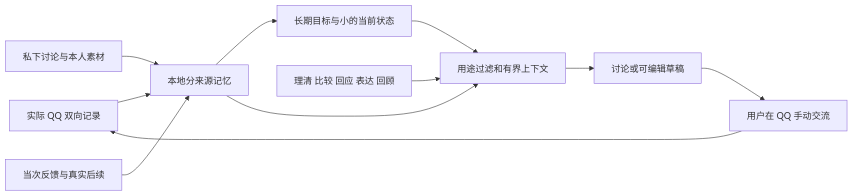
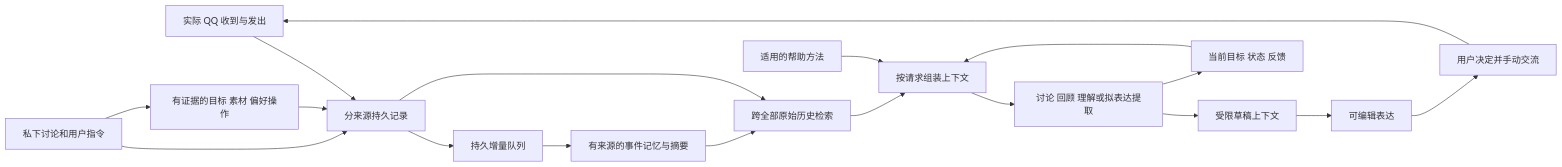
One commit to zhkzly/qq-chat-assistant changed the diagram in docs/context-management_CN.md. Above: the diagram before and after it, drawn with Mermaid. The commit also changed other lines of this file and 34 other files, not shown here.

````diff
--- a/docs/context-management_CN.md
+++ b/docs/context-management_CN.md
@@ -15,13 +22,20 @@
 ```mermaid
 flowchart LR
-  QQ[实际 QQ 双向记录] --> M[本地分来源记忆]
-  U[私下讨论与本人素材] --> M
-  M --> S[长期目标与小的当前状态]
-  M --> C[用途过滤和有界上下文]
-  S --> C
-  H[理清 比较 回应 表达 回顾] --> C
-  C --> A[讨论或可编辑草稿]
-  A --> Human[用户在 QQ 手动交流]
+  QQ[实际 QQ 收到与发出] --> R[分来源持久记录]
+  U[私下讨论和用户指令] --> R
+  U --> A[有证据的目标 素材 偏好操作]
+  A --> R
+  R --> J[持久增量队列]
+  J --> M[有来源的事件记忆与摘要]
+  R --> S[跨全部原始历史检索]
+  M --> S
+  S --> C[按请求组装上下文]
+  G[当前目标 状态 反馈] --> C
+  H[适用的帮助方法] --> C
+  C --> L[讨论 回顾 理解或拟表达提取]
+  L --> D[受限草稿上下文]
+  D --> W[可编辑表达]
+  L --> G
+  W --> Human[用户决定并手动交流]
   Human --> QQ
-  F[当次反馈与真实后续] --> M
 ```
````
